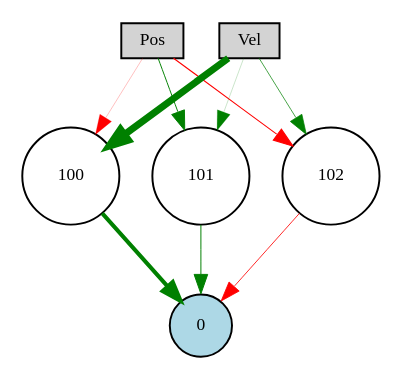
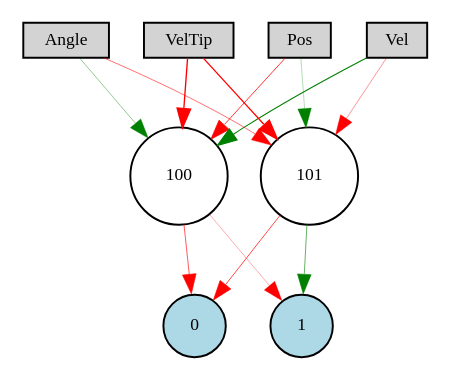
Before and after one commit to X8invisible/neat_comparison: the diagram in gym_things/Digraph.gv, drawn with Graphviz. The commit also changed 26 other files, not shown here.

```diff
--- a/gym_things/Digraph.gv
+++ b/gym_things/Digraph.gv
@@ -1,18 +1,23 @@
 digraph {
 	node [fontsize=9 height=0.2 shape=circle width=0.2]
 	Pos [fillcolor=lightgray shape=box style=filled]
 	Vel [fillcolor=lightgray shape=box style=filled]
+	Angle [fillcolor=lightgray shape=box style=filled]
+	VelTip [fillcolor=lightgray shape=box style=filled]
 	0 [fillcolor=lightblue style=filled]
+	1 [fillcolor=lightblue style=filled]
 	100 [fillcolor=white style=filled]
 	101 [fillcolor=white style=filled]
-	102 [fillcolor=white style=filled]
-	Pos -> 100 [color=red penwidth=0.12809032766792527 style=solid]
-	Pos -> 101 [color=green penwidth=0.5044342282805115 style=solid]
-	Pos -> 102 [color=red penwidth=0.5646106609526951 style=solid]
-	Vel -> 100 [color=green penwidth=3.5821811172740694 style=solid]
-	Vel -> 101 [color=green penwidth=0.11216990094094037 style=solid]
-	Vel -> 102 [color=green penwidth=0.3671854076862583 style=solid]
-	100 -> 0 [color=green penwidth=2.090915882621937 style=solid]
-	101 -> 0 [color=green penwidth=0.5113759746907973 style=solid]
-	102 -> 0 [color=red penwidth=0.42859438218010426 style=solid]
+	Pos -> 100 [color=red penwidth=0.4115058309606181 style=solid]
+	Pos -> 101 [color=green penwidth=0.15323106449252188 style=solid]
+	Vel -> 100 [color=green penwidth=0.5452910923515762 style=solid]
+	Vel -> 101 [color=red penwidth=0.21946710683519982 style=solid]
+	Angle -> 100 [color=green penwidth=0.21824770470755867 style=solid]
+	Angle -> 101 [color=red penwidth=0.29066639600974187 style=solid]
+	VelTip -> 100 [color=red penwidth=0.6885946921323982 style=solid]
+	VelTip -> 101 [color=red penwidth=0.6871356146406017 style=solid]
+	100 -> 0 [color=red penwidth=0.32676363284970794 style=solid]
+	100 -> 1 [color=red penwidth=0.17352623656708635 style=solid]
+	101 -> 0 [color=red penwidth=0.3734544167299404 style=solid]
+	101 -> 1 [color=green penwidth=0.30965347094702433 style=solid]
 }
```
